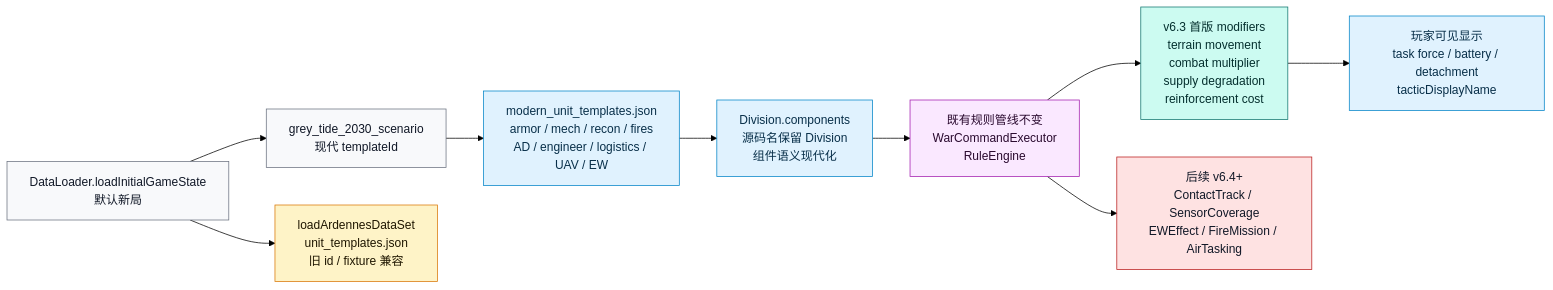
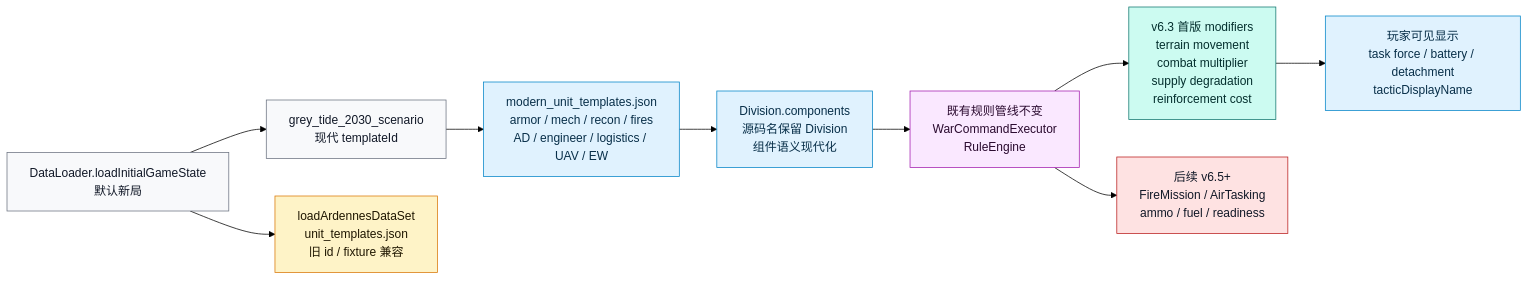
One commit to Altman-sam114/127 changed the fifth of 14 diagrams in md/flow/flowchart.md. Above: the diagram before and after it, drawn with Mermaid (forest theme). The commit also changed other lines of this file and 23 other files, not shown here.

````diff
--- a/md/flow/flowchart.md
+++ b/md/flow/flowchart.md
@@ -141,24 +141,24 @@
 ```mermaid
 flowchart LR
     ENTRY["DataLoader.loadInitialGameState<br/>默认新局"]:::data
     GREY["grey_tide_2030_scenario<br/>现代 templateId"]:::data
     MODERN["modern_unit_templates.json<br/>armor / mech / recon / fires<br/>AD / engineer / logistics / UAV / EW"]:::state
     DIV["Division.components<br/>源码名保留 Division<br/>组件语义现代化"]:::state
     RULES["既有规则管线不变<br/>WarCommandExecutor<br/>RuleEngine"]:::command
     MODIFIERS["v6.3 首版 modifiers<br/>terrain movement<br/>combat multiplier<br/>supply degradation<br/>reinforcement cost"]:::rules
     UI["玩家可见显示<br/>task force / battery / detachment<br/>tacticDisplayName"]:::display
     LEGACY["loadArdennesDataSet<br/>unit_templates.json<br/>旧 id / fixture 兼容"]:::legacy
-    TODO["后续 v6.4+<br/>ContactTrack / SensorCoverage<br/>EWEffect / FireMission / AirTasking"]:::risk
+    TODO["后续 v6.5+<br/>FireMission / AirTasking<br/>ammo / fuel / readiness"]:::risk
 
     ENTRY --> GREY --> MODERN --> DIV --> RULES --> MODIFIERS --> UI
     ENTRY --> LEGACY
     RULES --> TODO
 
     classDef data fill:#f8f9fb,stroke:#6b7280,color:#111827
     classDef state fill:#e0f2fe,stroke:#0284c7,color:#082f49
     classDef rules fill:#ccfbf1,stroke:#0f766e,color:#042f2e
     classDef command fill:#fae8ff,stroke:#a21caf,color:#2a0a2f
     classDef display fill:#e0f2fe,stroke:#0284c7,color:#082f49
     classDef legacy fill:#fef3c7,stroke:#d97706,color:#1f1600
     classDef risk fill:#fee2e2,stroke:#b91c1c,color:#111827
 ```
````
